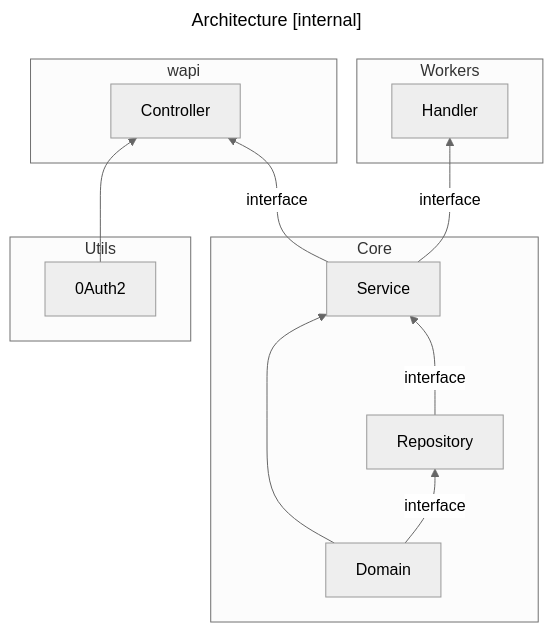
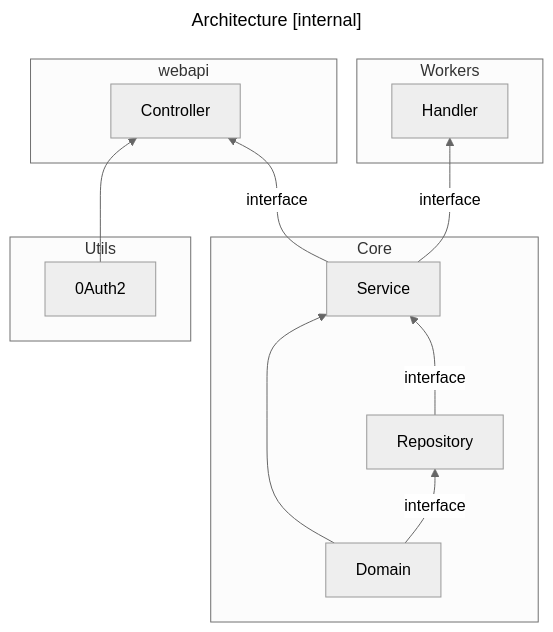
One commit to swclabs/swix changed the second of 2 diagrams in internal/README.md. Above: the diagram before and after it, drawn with Mermaid (neutral theme). The commit also changed other lines of this file and 38 other files, not shown here.

Commit message:
refactor: rename wapi to webapi

````diff
--- a/internal/README.md
+++ b/internal/README.md
@@ -33,27 +33,27 @@
 ```mermaid
 ---
 title: Architecture [internal]
 ---
 flowchart BT
   subgraph Core
     Domain-->Service
     Domain-- interface -->Repository
     Repository-- interface -->Service
   end
 
   subgraph Utils
     0Auth2
   end
 
-  subgraph wapi
+  subgraph webapi
     0Auth2 --> Controller
   end
 
   subgraph Workers
     Handler
   end
 
   Service -- interface --> Controller
   Service -- interface --> Handler
 
 ```
````
